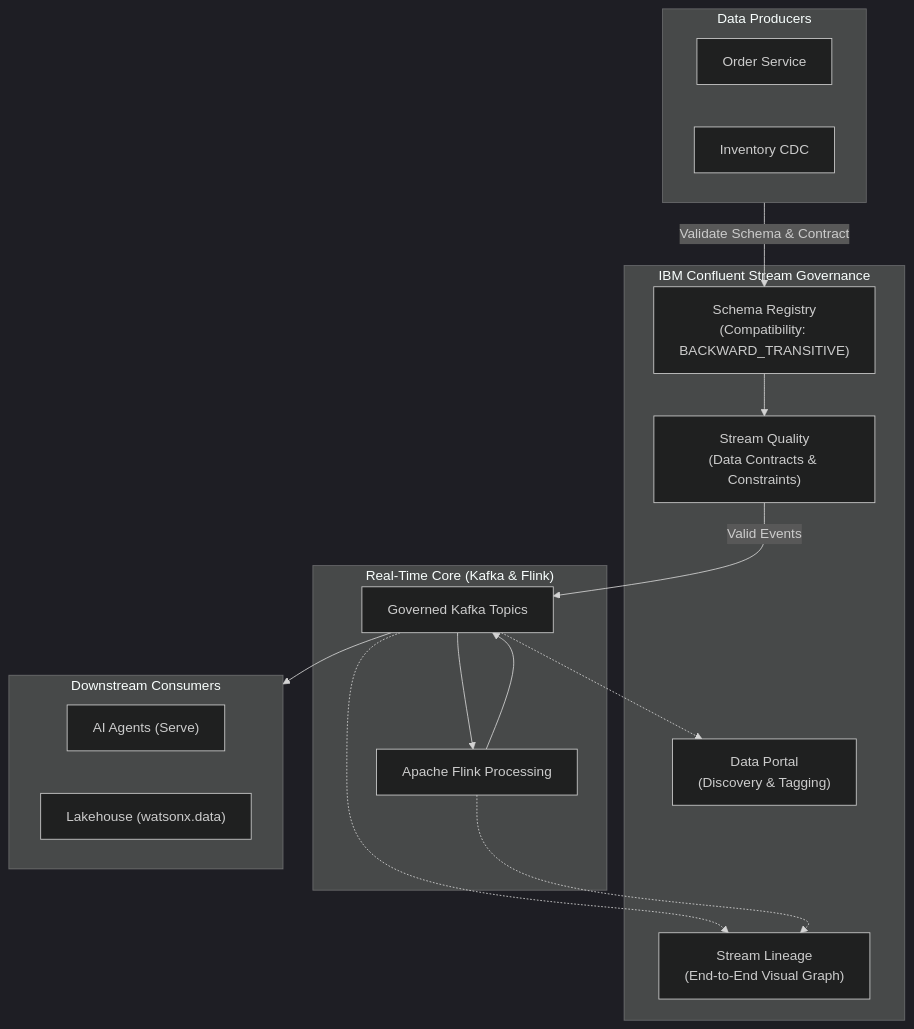
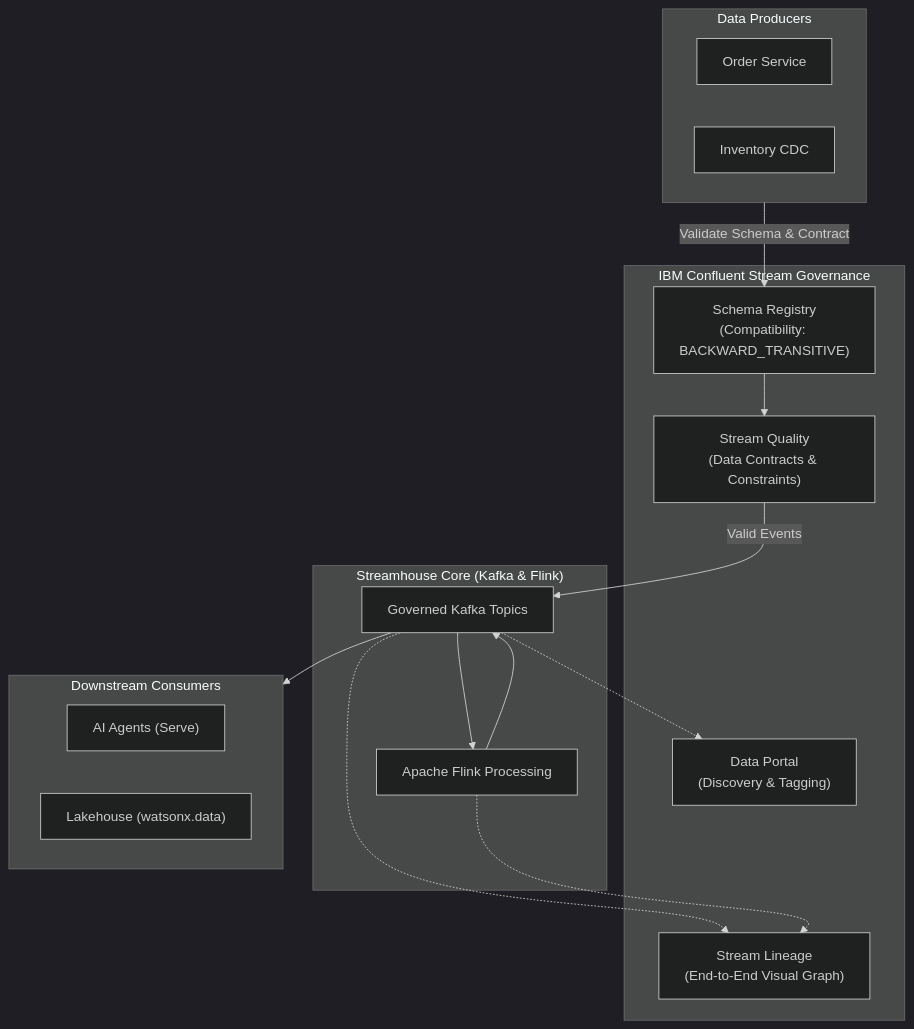
The diagram in docs-src/data-streamhouse-core/real-time/govern/index.md (ibm-self-serve-assets/building-blocks-docs), drawn with Mermaid (dark theme) before and after one commit. The commit also changed other lines of this file and 14 other files, not shown here.

````diff
--- a/docs-src/data-streamhouse-core/real-time/govern/index.md
+++ b/docs-src/data-streamhouse-core/real-time/govern/index.md
@@ -76,35 +76,35 @@
 ```mermaid
 flowchart TD
     subgraph PRODUCERS["Data Producers"]
         P1["Order Service"]
         P2["Inventory CDC"]
     end
 
     subgraph GOVERN_LAYER["IBM Confluent Stream Governance"]
         SR["Schema Registry<br/>(Compatibility: BACKWARD_TRANSITIVE)"]
         SQ["Stream Quality<br/>(Data Contracts & Constraints)"]
         SL["Stream Lineage<br/>(End-to-End Visual Graph)"]
         DP["Data Portal<br/>(Discovery & Tagging)"]
     end
 
-    subgraph STREAMHOUSE_CORE["Real-Time Core (Kafka & Flink)"]
+    subgraph STREAMHOUSE_CORE["Streamhouse Core (Kafka & Flink)"]
         TOPIC["Governed Kafka Topics"]
         FLINK["Apache Flink Processing"]
     end
 
     subgraph CONSUMERS["Downstream Consumers"]
         AI["AI Agents (Serve)"]
         LH["Lakehouse (watsonx.data)"]
     end
 
     PRODUCERS -->|Validate Schema & Contract| SR
     SR --> SQ
     SQ -->|Valid Events| TOPIC
     TOPIC --> FLINK
     FLINK --> TOPIC
     TOPIC --> CONSUMERS
 
     TOPIC -.-> SL
     FLINK -.-> SL
     TOPIC -.-> DP
 ```
````
